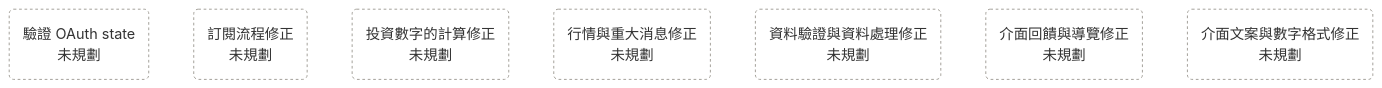
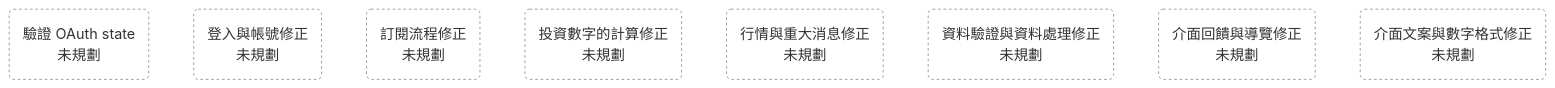
Before and after one commit to bingyangchen/taigu: the diagram in docs/plans/roadmap.md, drawn with Mermaid. The commit also changed other lines of this file and 13 other files, not shown here.

First line of the commit message:
Add rare cases to the specs and the roadmap

````diff
--- a/docs/plans/roadmap.md
+++ b/docs/plans/roadmap.md
@@ -7,13 +7,14 @@
 ```mermaid
 flowchart TD
   oauth_state_check("驗證 OAuth state<br/>未規劃"):::unplanned
+  login_account_fixes("登入與帳號修正<br/>未規劃"):::unplanned
   billing_fixes("訂閱流程修正<br/>未規劃"):::unplanned
   calculation_fixes("投資數字的計算修正<br/>未規劃"):::unplanned
   market_data_fixes("行情與重大消息修正<br/>未規劃"):::unplanned
   data_fixes("資料驗證與資料處理修正<br/>未規劃"):::unplanned
   ui_feedback_fixes("介面回饋與導覽修正<br/>未規劃"):::unplanned
   copy_fixes("介面文案與數字格式修正<br/>未規劃"):::unplanned
   classDef done fill:#4f726280,stroke:#4f726280
   classDef approved fill:#e0a33a,stroke:#e0a33a,color:#1f1a12,font-weight:bold
   classDef unplanned fill:none,stroke:#9a978f,stroke-dasharray:3 3
 ```
````
